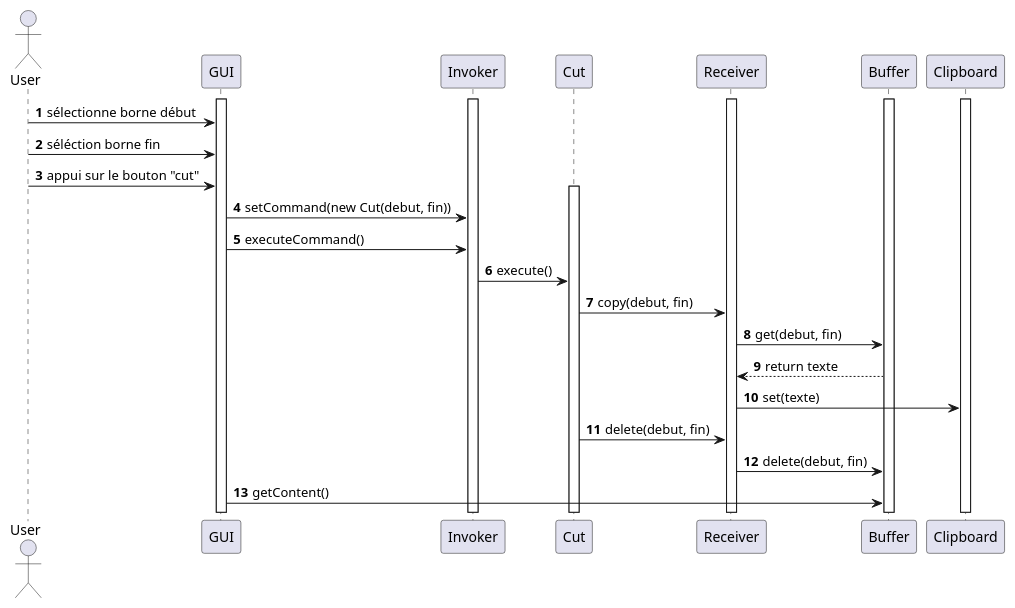
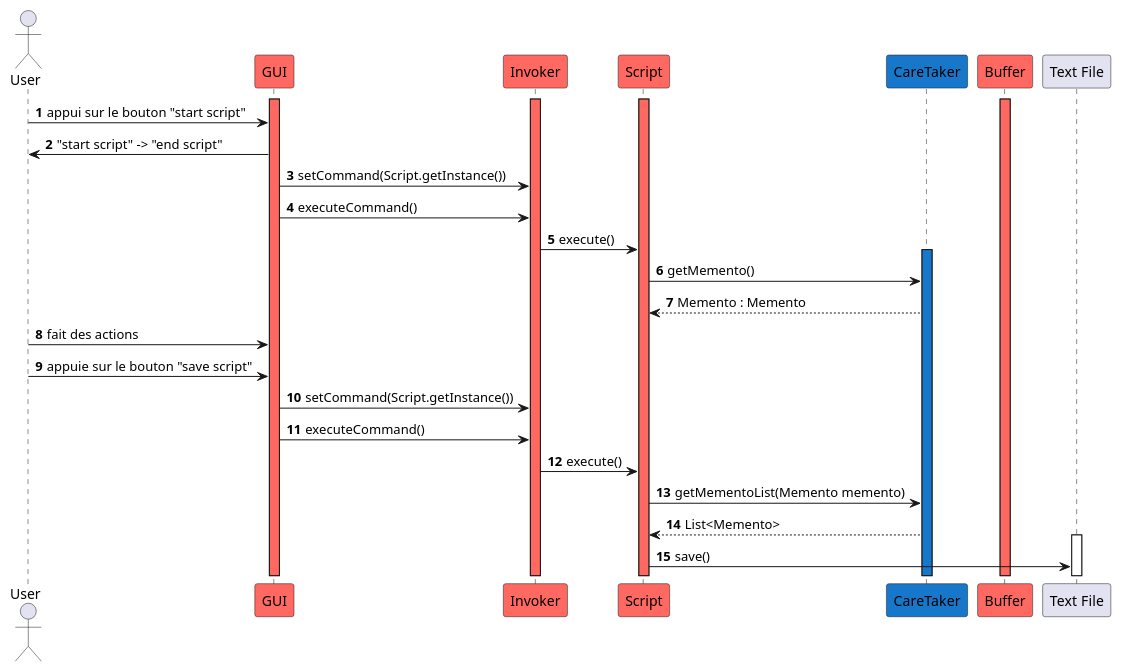
Before and after one commit to Camille-Molinier/text-editor: the diagram in V2/Conception/Sequence_diagrams/Script.puml, drawn with PlantUML. The commit also changed 2 other files, not shown here.

```diff
--- a/V2/Conception/Sequence_diagrams/Script.puml
+++ b/V2/Conception/Sequence_diagrams/Script.puml
@@ -1,43 +1,47 @@
 @startuml
 'https://plantuml.com/sequence-diagram
 
 autonumber
 
 actor User
 
-participant GUI
-activate GUI
-participant Invoker
-activate Invoker
-participant Cut
-participant Receiver
-activate Receiver
-participant Buffer
-activate Buffer
-participant Clipboard
-activate Clipboard
+participant GUI #ff6961
+participant Invoker #ff6961
+participant Script #ff6961
+participant CareTaker #1677CB
+participant Buffer #ff6961
 
-User -> GUI : sélectionne borne début
-User -> GUI : séléction borne fin
-User -> GUI : appui sur le bouton "cut"
+activate GUI #ff6961
+activate Invoker #ff6961
+activate Script #ff6961
+activate Buffer #ff6961
 
-activate Cut
 
-GUI -> Invoker : setCommand(new Cut(debut, fin))
+User -> GUI : appui sur le bouton "start script"
+GUI -> User : "start script" -> "end script"
+
+GUI -> Invoker : setCommand(Script.getInstance())
 GUI -> Invoker : executeCommand()
 
-Invoker -> Cut : execute()
+Invoker -> Script : execute()
 
-Cut -> Receiver : copy(debut, fin)
-Receiver -> Buffer : get(debut, fin)
-Buffer --> Receiver : return texte
-Receiver -> Clipboard : set(texte)
+activate CareTaker #1677CB
 
-Cut -> Receiver : delete(debut, fin)
-Receiver -> Buffer : delete(debut, fin)
+Script -> CareTaker : getMemento()
+CareTaker --> Script : Memento : Memento
 
-GUI -> Buffer : getContent()
+User -> GUI : fait des actions
+User -> GUI : appuie sur le bouton "save script"
 
+GUI -> Invoker : setCommand(Script.getInstance())
+GUI -> Invoker : executeCommand()
+Invoker -> Script : execute()
+
+Script -> CareTaker : getMementoList(Memento memento)
+CareTaker --> Script : List<Memento>
+
+activate "Text File"
+Script -> "Text File" : save()
 
 
 @enduml
```
